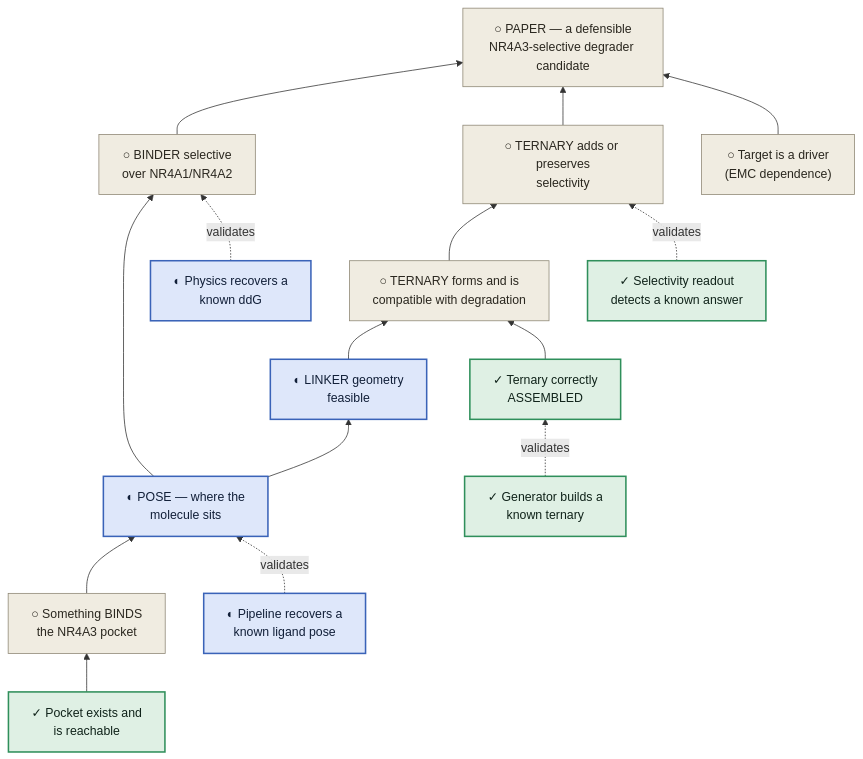
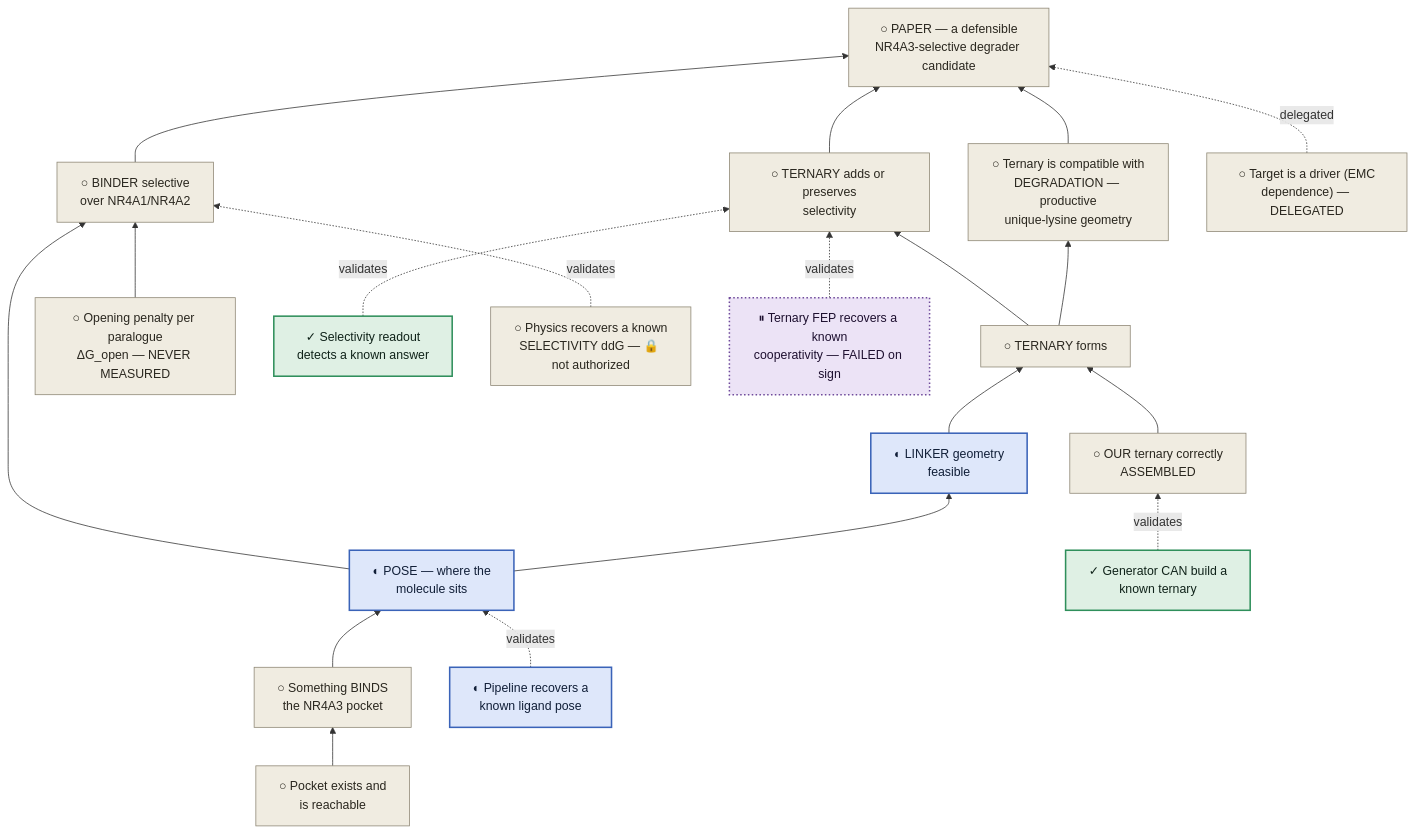
The first of 3 diagrams in research/manuscripts/nr4a3-program-map.md (trimcrae/Rare-cancers), drawn with Mermaid before and after one commit. The commit also changed other lines of this file, not shown here.

First line of the commit message:
checkpoint map mid-edit — NOT ported to main, lint_consistency is RED

````diff
--- a/research/manuscripts/nr4a3-program-map.md
+++ b/research/manuscripts/nr4a3-program-map.md
@@ -71,42 +110,50 @@
 ```mermaid
 graph BT
   P["○ PAPER — a defensible<br/>NR4A3-selective degrader candidate"]
   B["○ BINDER selective<br/>over NR4A1/NR4A2"]
-  T["○ TERNARY forms and is<br/>compatible with degradation"]
+  T["○ TERNARY forms"]
+  UB["○ Ternary is compatible with<br/>DEGRADATION — productive<br/>unique-lysine geometry"]
   TS["○ TERNARY adds or preserves<br/>selectivity"]
-  TG["○ Target is a driver<br/>(EMC dependence)"]
+  TG["○ Target is a driver (EMC<br/>dependence) — DELEGATED"]
   L["○ Something BINDS<br/>the NR4A3 pocket"]
-  PO["✓ Pocket exists and<br/>is reachable"]
+  PO["○ Pocket exists and<br/>is reachable"]
+  DGO["○ Opening penalty per paralogue<br/>ΔG_open — NEVER MEASURED"]
   PS["◐ POSE — where the<br/>molecule sits"]
   LK["◐ LINKER geometry<br/>feasible"]
-  ARCH["✓ Ternary correctly<br/>ASSEMBLED"]
+  ARCH["○ OUR ternary correctly<br/>ASSEMBLED"]
   V1["✓ Selectivity readout<br/>detects a known answer"]
-  V2["✓ Generator builds a<br/>known ternary"]
+  V2["✓ Generator CAN build a<br/>known ternary"]
   V3["◐ Pipeline recovers a<br/>known ligand pose"]
-  V4["◐ Physics recovers a<br/>known ddG"]
+  V4["○ Physics recovers a known<br/>SELECTIVITY ddG — 🔒 not authorized"]
+  VC["⏸ Ternary FEP recovers a known<br/>cooperativity — FAILED on sign"]
 
   PO --> L
   L --> PS
   PS --> B
+  DGO --> B
   PS --> LK
   LK --> T
   ARCH --> T
   T --> TS
+  T --> UB
+  UB --> P
   B --> P
   TS --> P
-  TG --> P
+  TG -.delegated.-> P
   V3 -.validates.-> PS
   V4 -.validates.-> B
   V2 -.validates.-> ARCH
   V1 -.validates.-> TS
+  VC -.validates.-> TS
 
   classDef done fill:#dff0e4,stroke:#2f8f5b,stroke-width:2px,color:#10231a;
   classDef work fill:#dee7fa,stroke:#3a63b8,stroke-width:2px,color:#111f38;
   classDef next fill:#f0ece1,stroke:#8d8674,stroke-width:1px,color:#2a271f;
   classDef parked fill:#ece3f6,stroke:#6f4a9b,stroke-width:2px,color:#1e1030,stroke-dasharray:2 3;
   classDef dead fill:#f7e6e0,stroke:#b1543a,stroke-width:2px,color:#2e150f,stroke-dasharray:5 3;
 
-  class PO,ARCH,V1,V2 done;
-  class PS,LK,V3,V4 work;
-  class P,B,T,TS,TG,L next;
+  class V1,V2 done;
+  class PS,LK,V3 work;
+  class P,B,T,UB,TS,TG,L,PO,ARCH,DGO,V4 next;
+  class VC parked;
 ```
````
